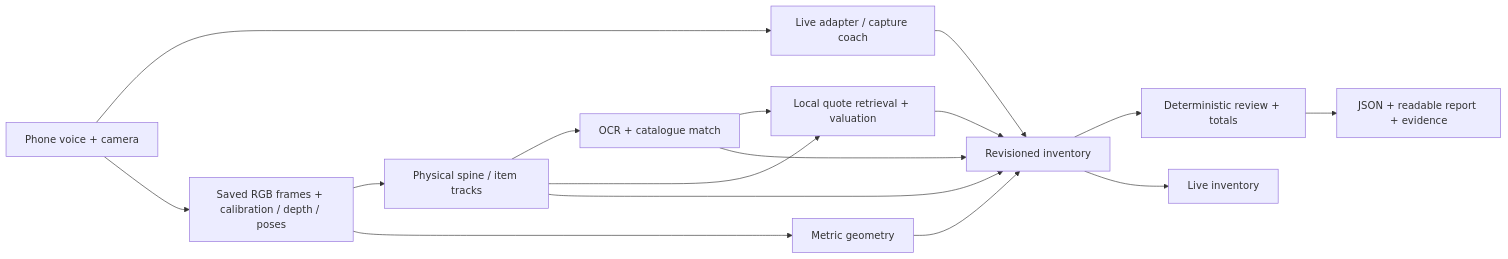
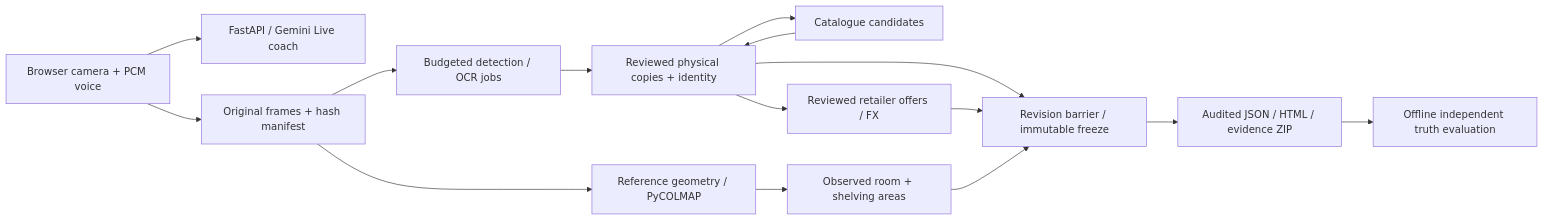
Before and after one commit to rky-cse/lcc-agent: the diagram in docs/11-architecture-note.md, drawn with Mermaid. The commit also changed other lines of this file and 73 other files, not shown here.

````diff
--- a/docs/11-architecture-note.md
+++ b/docs/11-architecture-note.md
@@ -5,18 +5,17 @@
 ```mermaid
 flowchart LR
-    A[Phone voice + camera] --> B[Live adapter / capture coach]
-    A --> C[Saved RGB frames + calibration / depth / poses]
-    C --> D[Physical spine / item tracks]
-    D --> E[OCR + catalogue match]
-    C --> F[Metric geometry]
-    E --> G[Local quote retrieval + valuation]
-    D --> G
-    E --> H[Revisioned inventory]
-    F --> H
-    G --> H
-    B --> H
-    D --> H
-    H --> I[Deterministic review + totals]
-    I --> J[JSON + readable report + evidence]
-    H --> K[Live inventory]
+    A[Browser camera + PCM voice] --> B[FastAPI / Gemini Live coach]
+    A --> C[Original frames + hash manifest]
+    C --> D[Budgeted detection / OCR jobs]
+    D --> E[Reviewed physical copies + identity]
+    E --> F[Catalogue candidates]
+    F --> E
+    C --> G[Reference geometry / PyCOLMAP]
+    E --> H[Reviewed retailer offers / FX]
+    G --> I[Observed room + shelving areas]
+    E --> J[Revision barrier / immutable freeze]
+    H --> J
+    I --> J
+    J --> K[Audited JSON / HTML / evidence ZIP]
+    K --> L[Offline independent truth evaluation]
 ```
````
